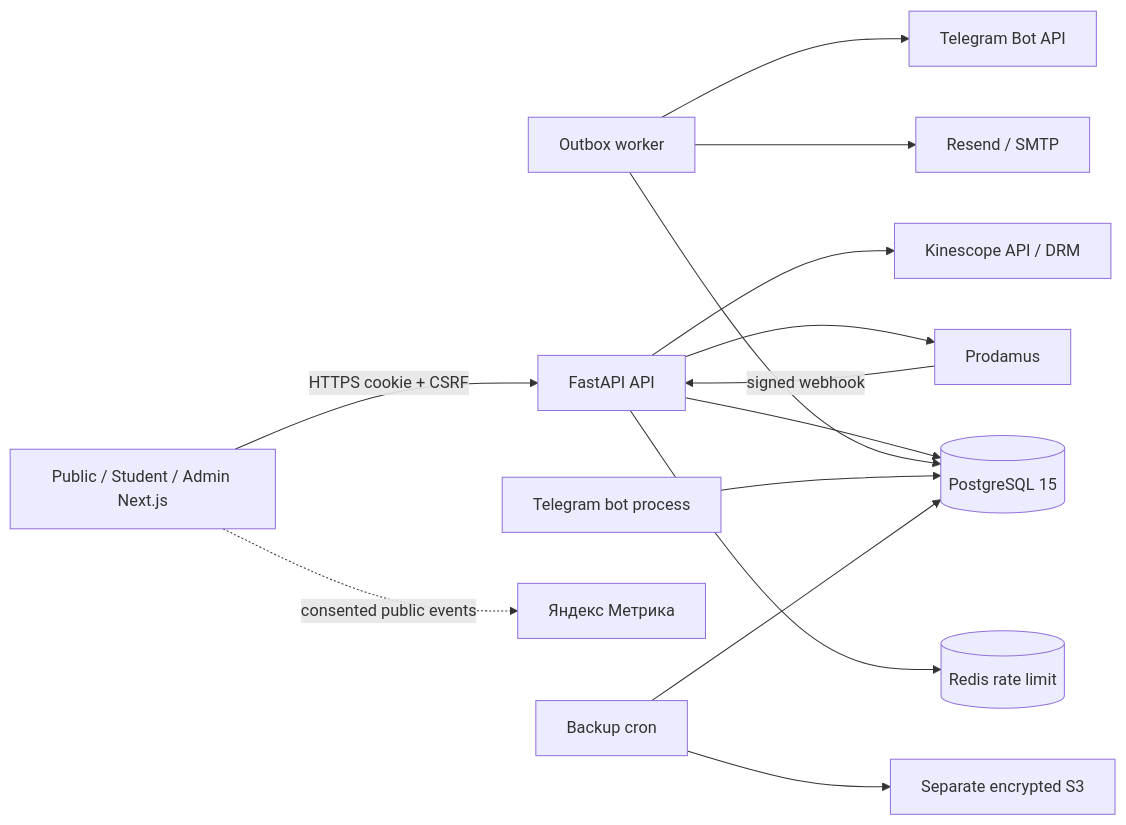
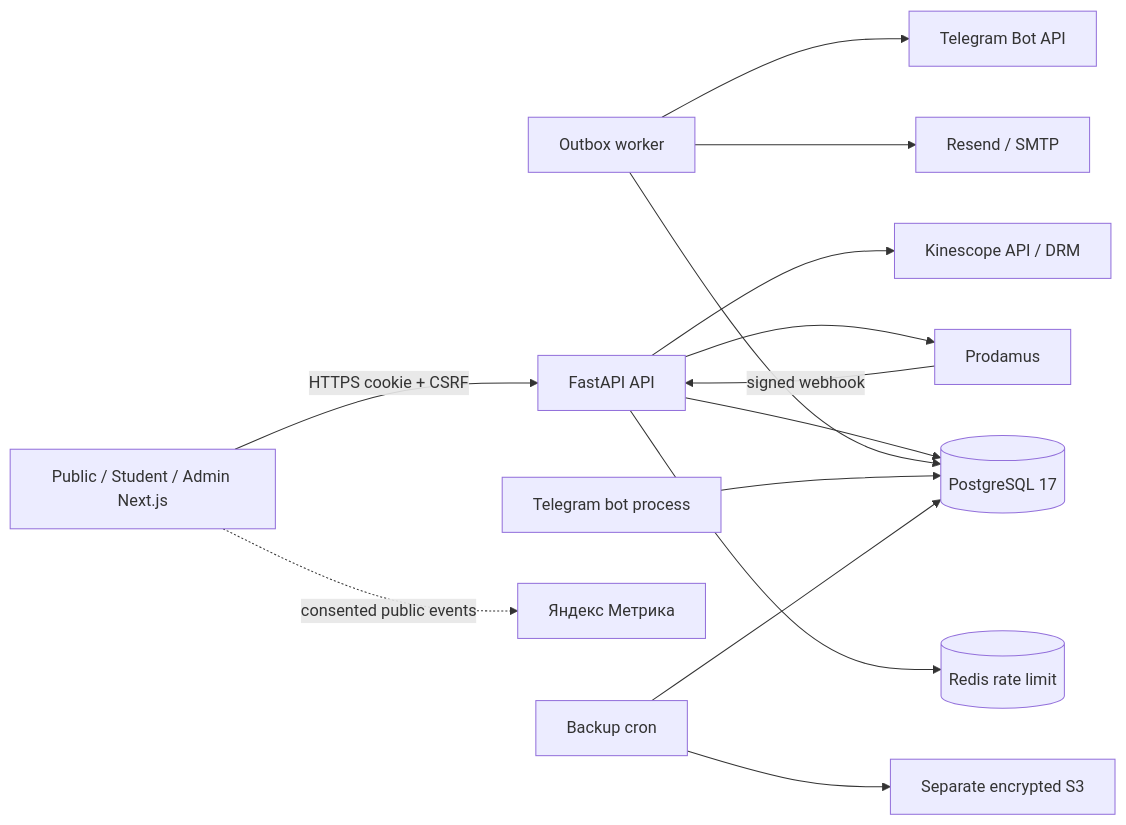
The diagram in Docs/ARCHITECTURE.md (TwinsMinsk/lucy-nails), drawn with Mermaid before and after one commit. The commit also changed other lines of this file and 14 other files, not shown here.

````diff
--- a/Docs/ARCHITECTURE.md
+++ b/Docs/ARCHITECTURE.md
@@ -10,16 +10,16 @@
 ```mermaid
 flowchart LR
     Browser[Public / Student / Admin Next.js] -->|HTTPS cookie + CSRF| API[FastAPI API]
-    API --> PG[(PostgreSQL 15)]
+    API --> PG[(PostgreSQL 17)]
     API --> Redis[(Redis rate limit)]
     API --> Prodamus[Prodamus]
     Prodamus -->|signed webhook| API
     API --> Kinescope[Kinescope API / DRM]
     Worker[Outbox worker] --> PG
     Worker --> Email[Resend / SMTP]
     Worker --> Telegram[Telegram Bot API]
     Bot[Telegram bot process] --> PG
     Browser -. consented public events .-> Metrika[Яндекс Метрика]
     Backup[Backup cron] --> PG
     Backup --> S3[Separate encrypted S3]
 ```
````
